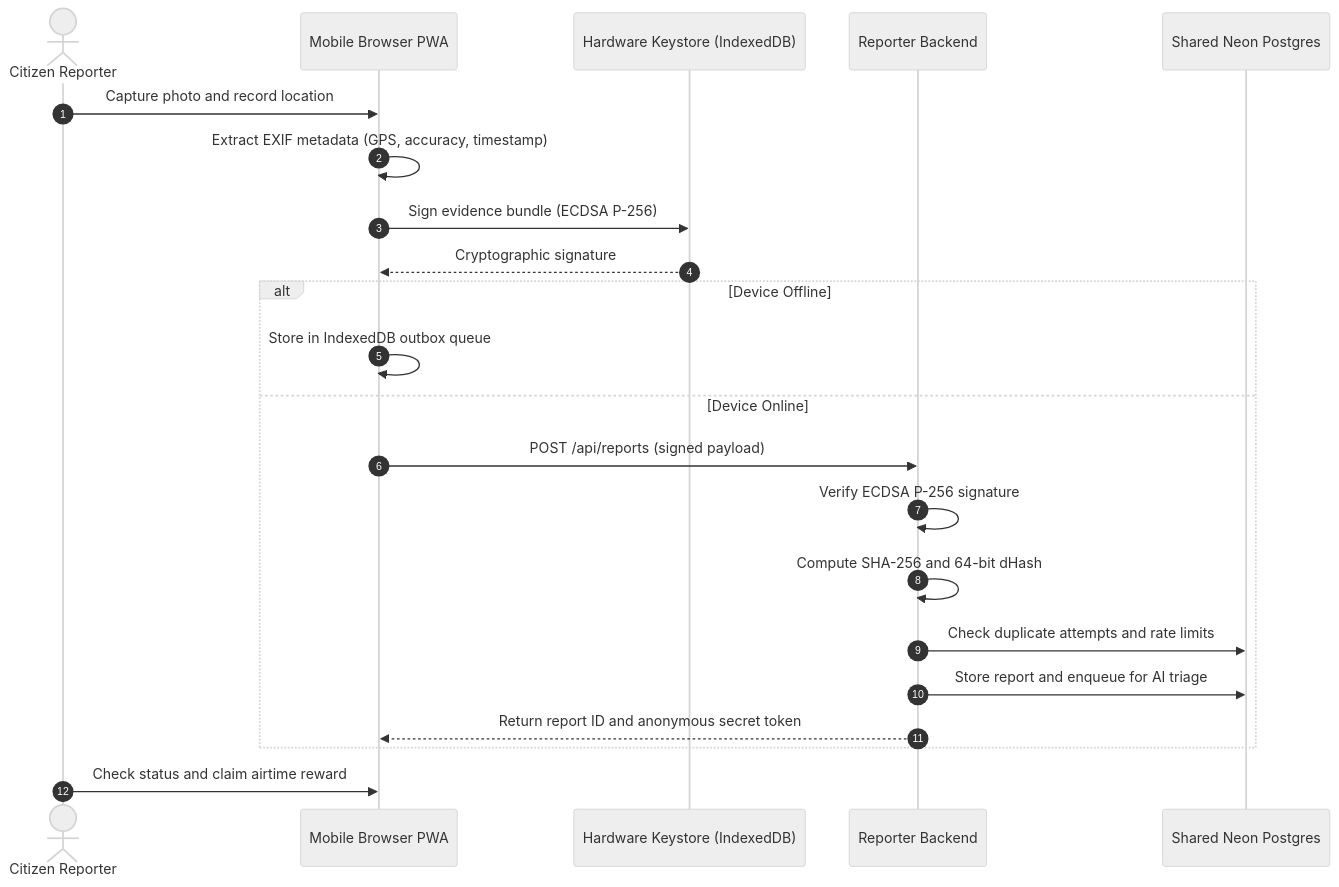
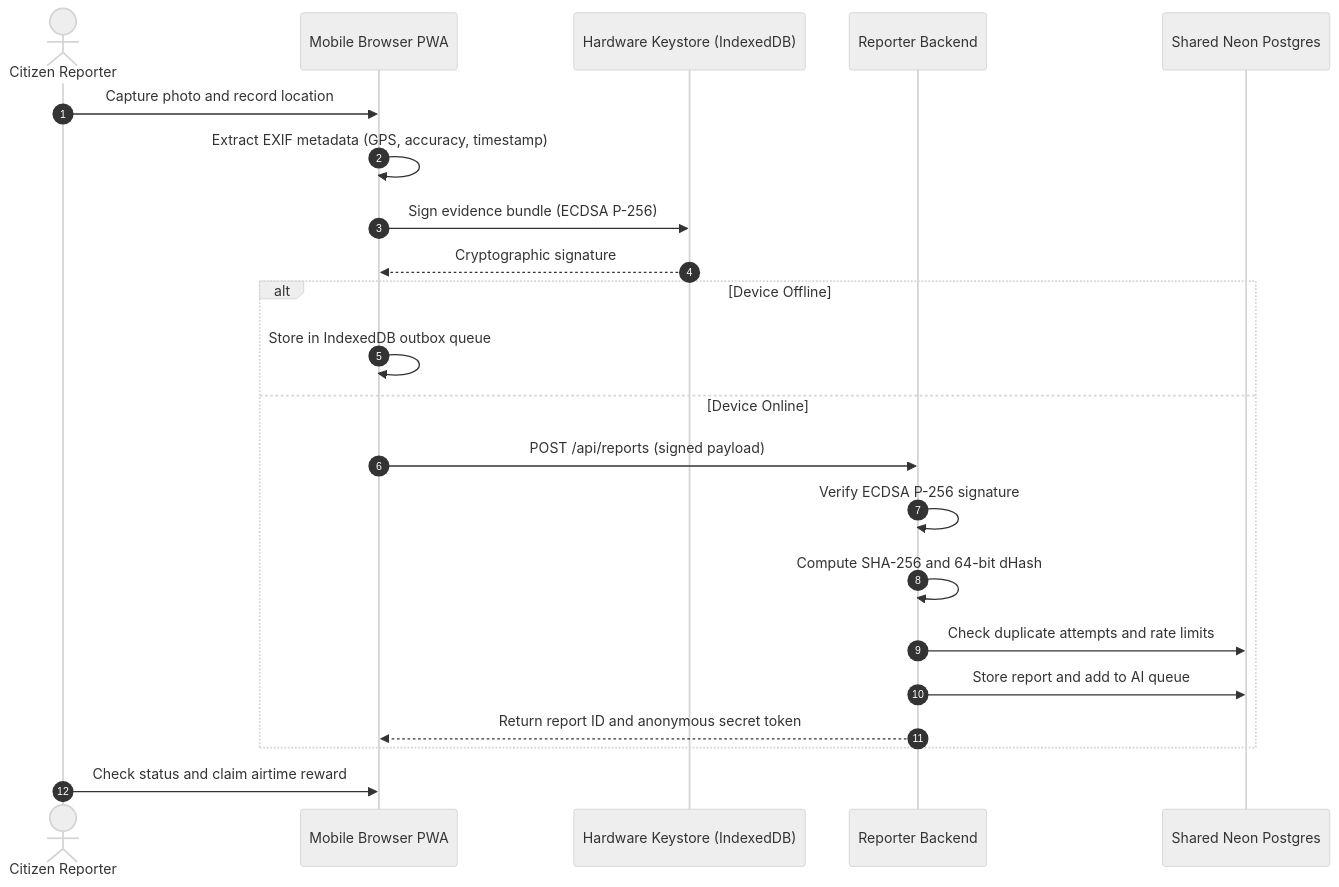
Before and after one commit to EleanorNabaloga/Wetland-watch: the diagram in README.md, drawn with Mermaid (neutral theme). The commit also changed other lines of this file and 7 other files, not shown here.

````diff
--- a/README.md
+++ b/README.md
@@ -22,25 +22,25 @@
 ```mermaid
 sequenceDiagram
     autonumber
     actor Citizen as Citizen Reporter
     participant Browser as Mobile Browser PWA
     participant DeviceKey as Hardware Keystore (IndexedDB)
     participant Server as Reporter Backend
     participant Database as Shared Neon Postgres
 
     Citizen->>Browser: Capture photo and record location
     Browser->>Browser: Extract EXIF metadata (GPS, accuracy, timestamp)
     Browser->>DeviceKey: Sign evidence bundle (ECDSA P-256)
     DeviceKey-->>Browser: Cryptographic signature
     alt Device Offline
         Browser->>Browser: Store in IndexedDB outbox queue
     else Device Online
         Browser->>Server: POST /api/reports (signed payload)
         Server->>Server: Verify ECDSA P-256 signature
         Server->>Server: Compute SHA-256 and 64-bit dHash
         Server->>Database: Check duplicate attempts and rate limits
-        Server->>Database: Store report and enqueue for AI triage
+        Server->>Database: Store report and add to AI queue
         Server-->>Browser: Return report ID and anonymous secret token
     end
     Citizen->>Browser: Check status and claim airtime reward
 ```
````
